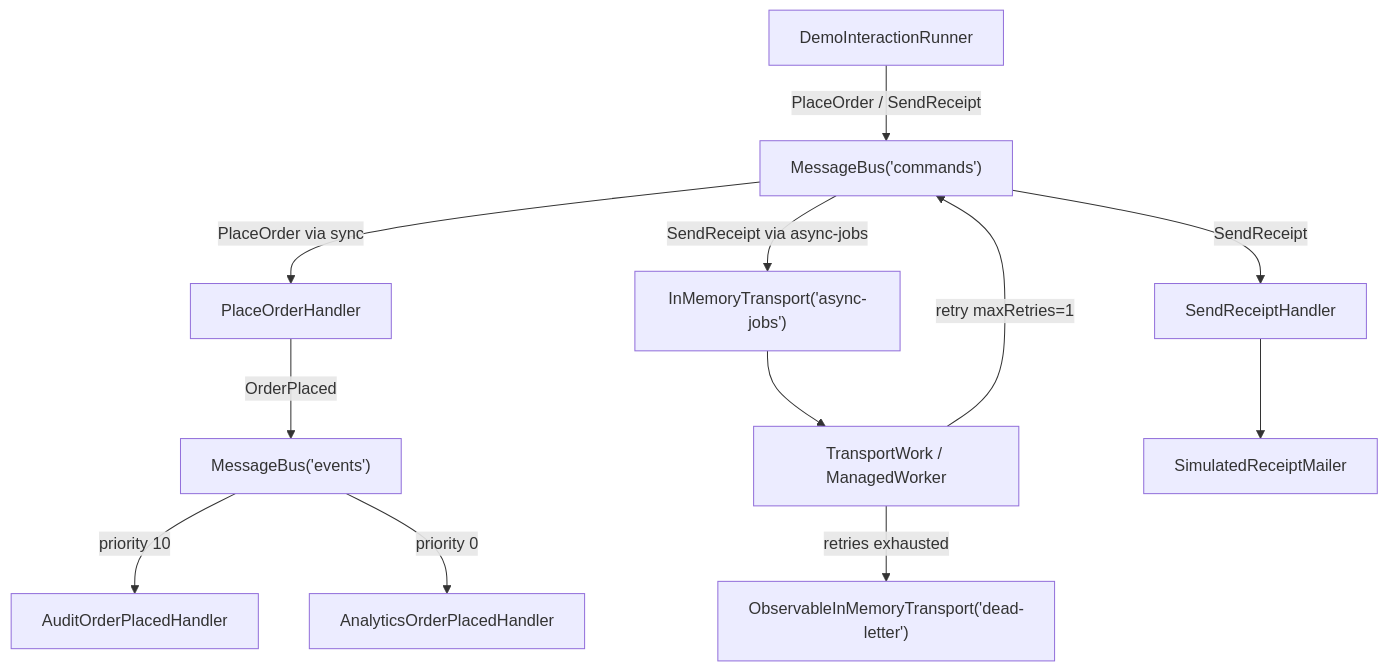
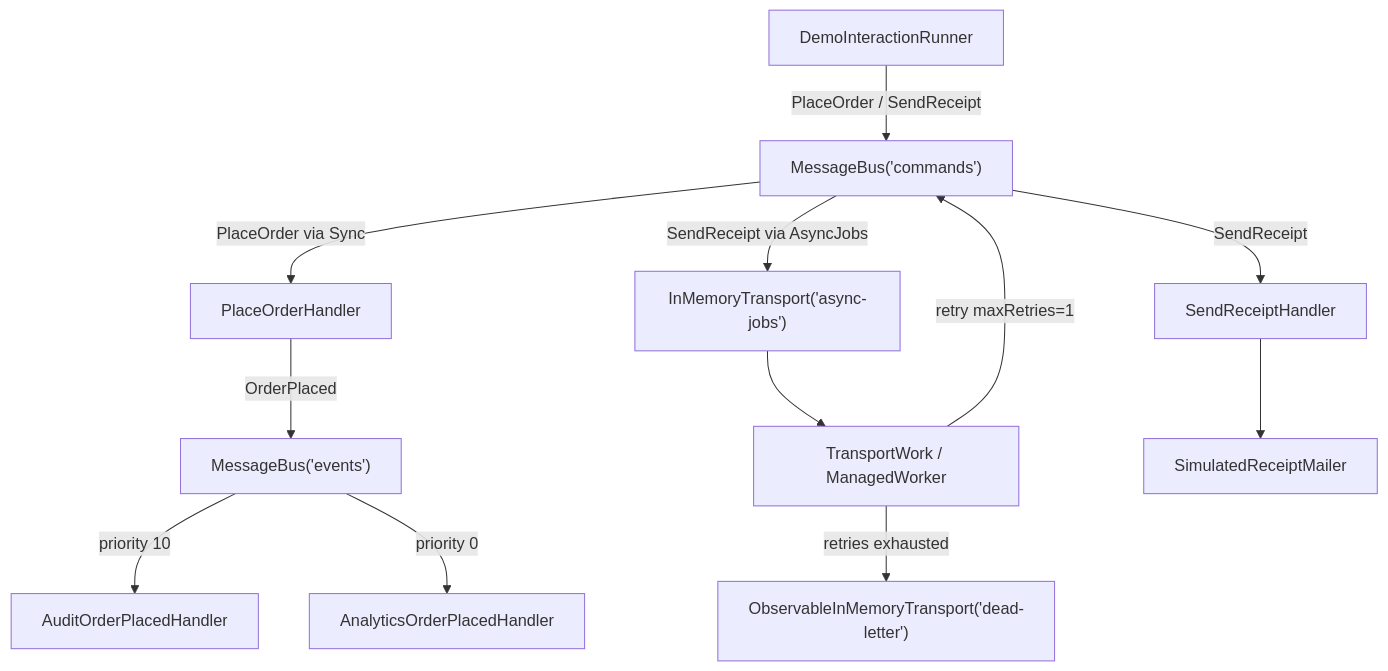
The diagram in examples/messenger/README.md (kmpktio/kmpkt), drawn with Mermaid before and after one commit. The commit also changed other lines of this file and 74 other files, not shown here.

````diff
--- a/examples/messenger/README.md
+++ b/examples/messenger/README.md
@@ -7,14 +7,14 @@
 ```mermaid
 flowchart TD
     Runner["DemoInteractionRunner"] -->|PlaceOrder / SendReceipt| CmdBus["MessageBus('commands')"]
-    CmdBus -->|PlaceOrder via sync| PlaceH["PlaceOrderHandler"]
+    CmdBus -->|PlaceOrder via Sync| PlaceH["PlaceOrderHandler"]
     PlaceH -->|OrderPlaced| EvtBus["MessageBus('events')"]
     EvtBus -->|priority 10| AuditH["AuditOrderPlacedHandler"]
     EvtBus -->|priority 0| AnalyticsH["AnalyticsOrderPlacedHandler"]
-    CmdBus -->|SendReceipt via async-jobs| AsyncT["InMemoryTransport('async-jobs')"]
+    CmdBus -->|SendReceipt via AsyncJobs| AsyncT["InMemoryTransport('async-jobs')"]
     AsyncT --> Worker["TransportWork / ManagedWorker"]
     Worker -->|retry maxRetries=1| CmdBus
     CmdBus -->|SendReceipt| ReceiptH["SendReceiptHandler"]
     ReceiptH --> Mailer["SimulatedReceiptMailer"]
     Worker -->|retries exhausted| DLQ["ObservableInMemoryTransport('dead-letter')"]
 ```
````
